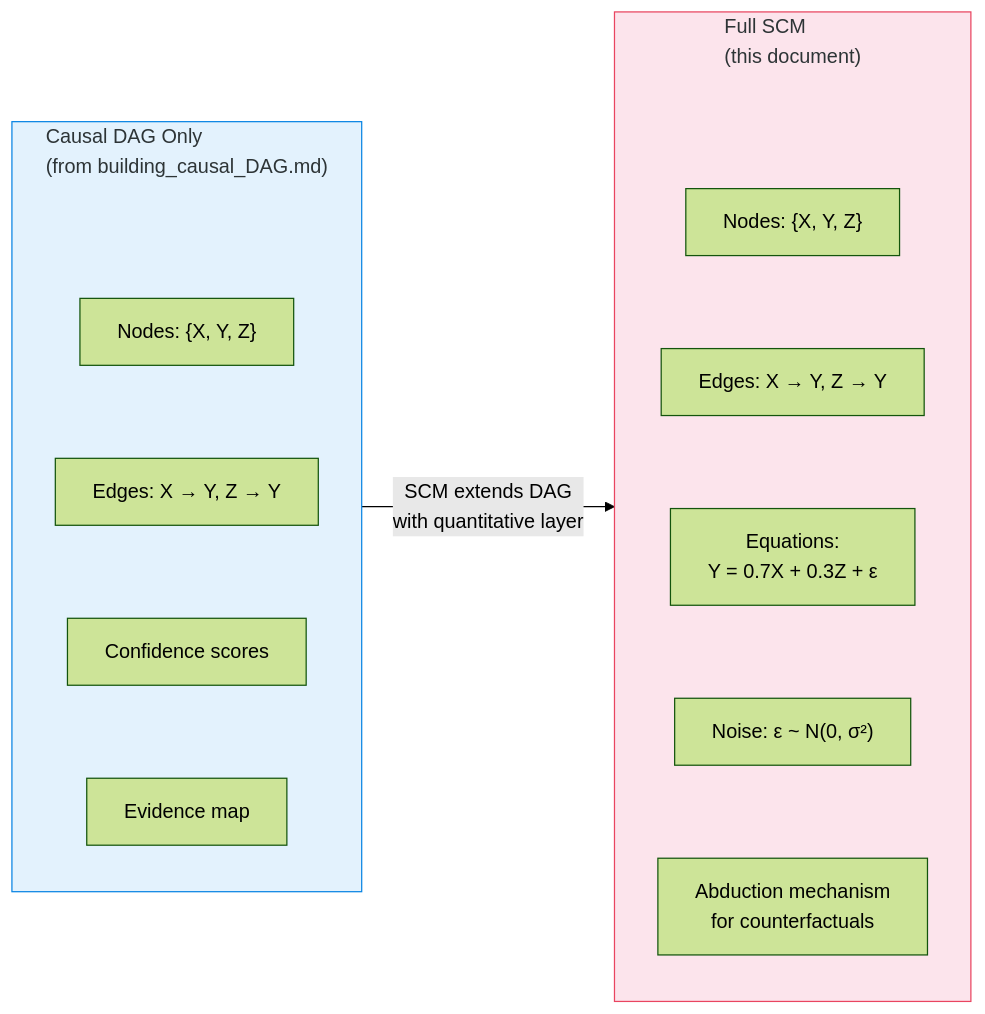
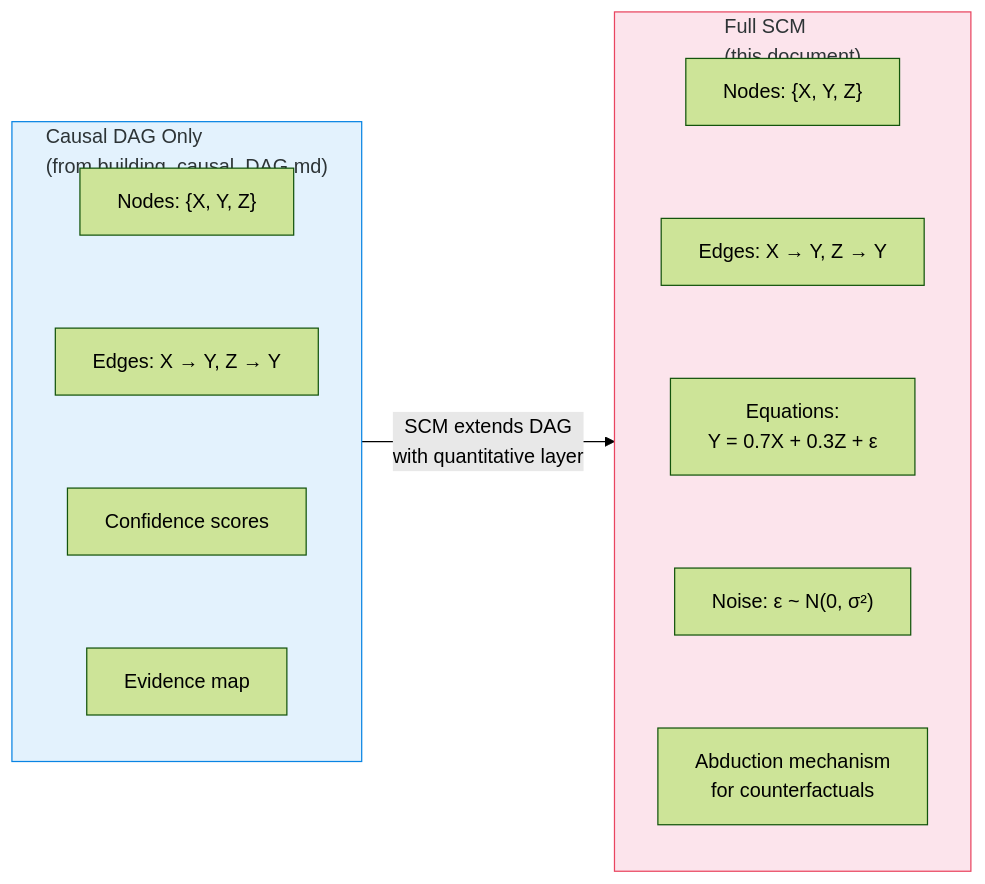
Before and after one commit to dimitarpg13/agentic_architectures_and_design_patterns: the first of 16 diagrams in notebooks/causal_inference/building_SCM.md, drawn with Mermaid (forest theme). The commit also changed other lines of this file, not shown here.

````diff
--- a/notebooks/causal_inference/building_SCM.md
+++ b/notebooks/causal_inference/building_SCM.md
@@ -40,30 +40,26 @@
 ```mermaid
 flowchart LR
-    subgraph DAG_Only["Causal DAG Only<br/>(from building_causal_DAG.md)"]
+    subgraph DAG_Only["Causal DAG Only<br/>(from building_causal_DAG.md)<br/>&nbsp;"]
         direction TB
-        DAG_pad[ ] ~~~ D1
         D1["Nodes: {X, Y, Z}"]
         D2["Edges: X → Y, Z → Y"]
         D3["Confidence scores"]
         D4["Evidence map"]
         D1 ~~~ D2 ~~~ D3 ~~~ D4
     end
 
-    subgraph Full_SCM["Full SCM<br/>(this document)"]
+    subgraph Full_SCM["Full SCM<br/>(this document)<br/>&nbsp;"]
         direction TB
-        SCM_pad[ ] ~~~ S1
         S1["Nodes: {X, Y, Z}"]
         S2["Edges: X → Y, Z → Y"]
         S3["Equations:<br/>Y = 0.7X + 0.3Z + ε"]
         S4["Noise: ε ~ N(0, σ²)"]
         S5["Abduction mechanism<br/>for counterfactuals"]
         S1 ~~~ S2 ~~~ S3 ~~~ S4 ~~~ S5
     end
 
     DAG_Only -->|"SCM extends DAG<br/>with quantitative layer"| Full_SCM
 
-    style DAG_pad fill:none,stroke:none,color:none
-    style SCM_pad fill:none,stroke:none,color:none
     style DAG_Only fill:#e3f2fd,stroke:#0984e3,color:#2d3436
     style Full_SCM fill:#fce4ec,stroke:#e94560,color:#2d3436
 ```
````
